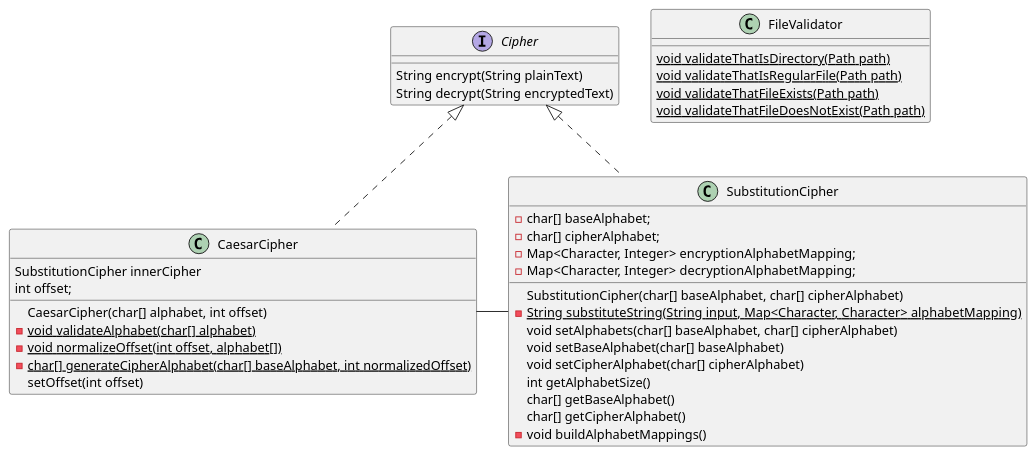
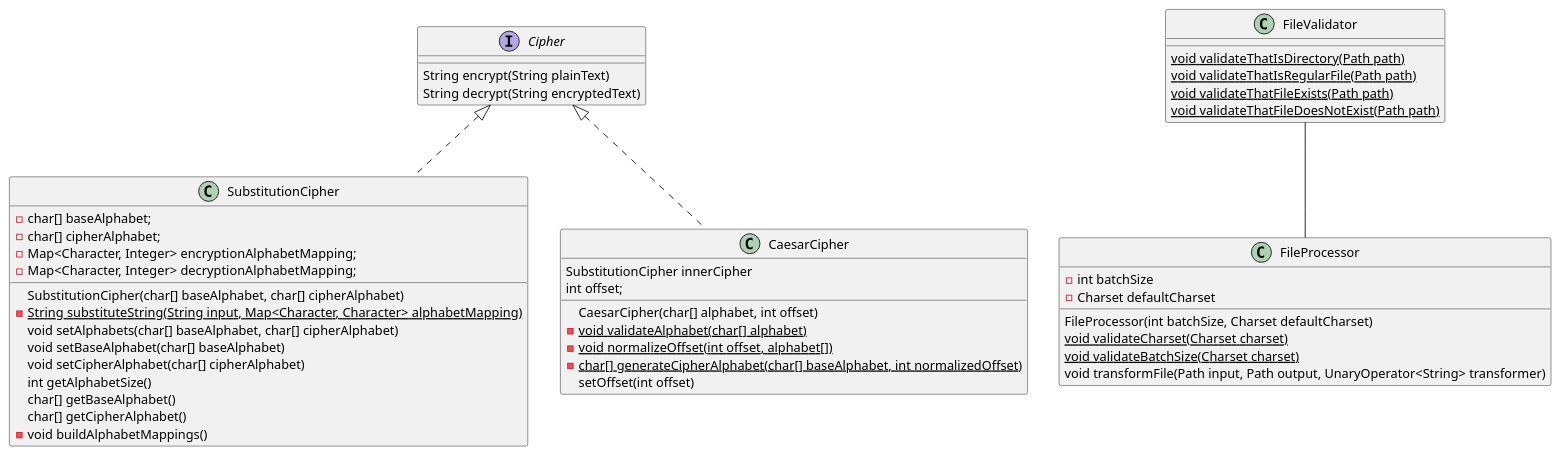
One commit to jlarteaga/cgu-cryptography-project changed the diagram in docs/class-diagram.puml. Above: the diagram before and after it, drawn with PlantUML. The commit also changed 7 other files, not shown here.

```diff
--- a/docs/class-diagram.puml
+++ b/docs/class-diagram.puml
@@ -1,46 +1,57 @@
 @startuml
 
 interface Cipher {
     String encrypt(String plainText)
     String decrypt(String encryptedText)
 }
 
 class SubstitutionCipher implements Cipher {
     - char[] baseAlphabet;
     - char[] cipherAlphabet;
     - Map<Character, Integer> encryptionAlphabetMapping;
     - Map<Character, Integer> decryptionAlphabetMapping;
 
     SubstitutionCipher(char[] baseAlphabet, char[] cipherAlphabet)
     - {static} String substituteString(String input, Map<Character, Character> alphabetMapping)
     void setAlphabets(char[] baseAlphabet, char[] cipherAlphabet)
     void setBaseAlphabet(char[] baseAlphabet)
     void setCipherAlphabet(char[] cipherAlphabet)
     int getAlphabetSize()
     char[] getBaseAlphabet()
     char[] getCipherAlphabet()
     - void buildAlphabetMappings()
 }
 
 class CaesarCipher implements Cipher {
     SubstitutionCipher innerCipher
     int offset;
 
     CaesarCipher(char[] alphabet, int offset)
     - {static} void validateAlphabet(char[] alphabet)
     - {static} void normalizeOffset(int offset, alphabet[])
     - {static} char[] generateCipherAlphabet(char[] baseAlphabet, int normalizedOffset)
     setOffset(int offset)
 
 }
 
-class FileValidator
-{
+class FileValidator {
     {static} void validateThatIsDirectory(Path path)
     {static} void validateThatIsRegularFile(Path path)
     {static} void validateThatFileExists(Path path)
     {static} void validateThatFileDoesNotExist(Path path)
 }
 
-CaesarCipher - SubstitutionCipher
+class FileProcessor {
+    - int batchSize
+    - Charset defaultCharset
+
+    FileProcessor(int batchSize, Charset defaultCharset)
+    {static} void validateCharset(Charset charset)
+    {static} void validateBatchSize(Charset charset)
+    void transformFile(Path input, Path output, UnaryOperator<String> transformer)
+
+}
+
+FileValidator -- FileProcessor
+
 @enduml
```
